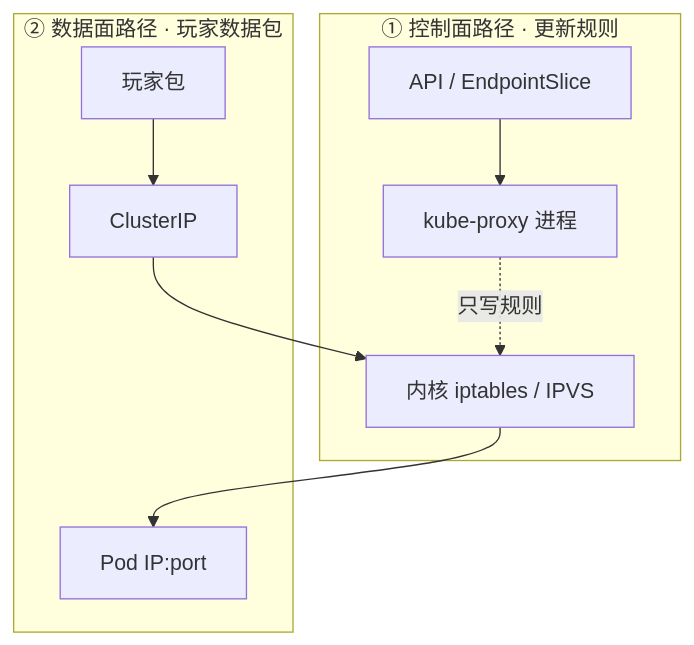
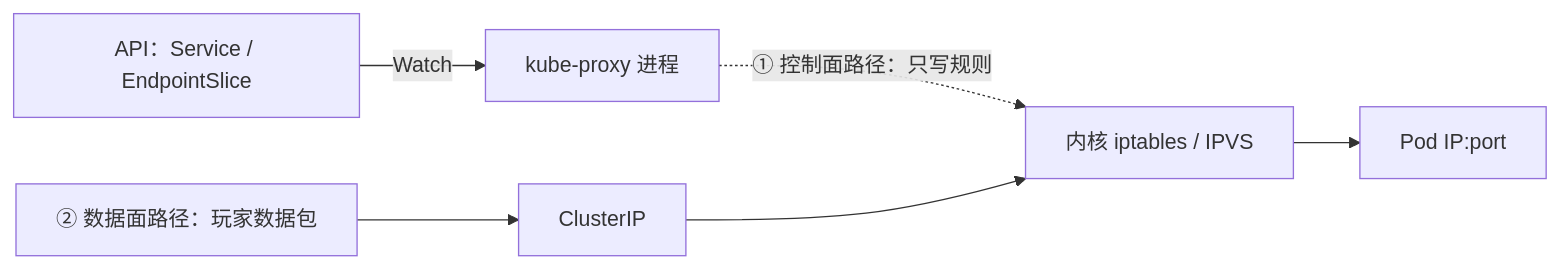
One commit to ml-cuizijun/LearnToLilith changed the third of 5 diagrams in 03-Kubernetes/01-集群架构/知识点.md. Above: the diagram before and after it, drawn with Mermaid. The commit also changed other lines of this file and 470 other files, not shown here.

````diff
--- a/03-Kubernetes/01-集群架构/知识点.md
+++ b/03-Kubernetes/01-集群架构/知识点.md
@@ -388,14 +269,7 @@
 ```mermaid
-flowchart TB
-    subgraph control ["① 控制面路径 · 更新规则"]
-        api[API / EndpointSlice] --> kp[kube-proxy 进程]
-        kp -.->|只写规则| fw
-    end
-
-    subgraph data ["② 数据面路径 · 玩家数据包"]
-        player[玩家包] --> cip[ClusterIP]
-        cip --> fw[内核 iptables / IPVS]
-        fw --> pod[Pod IP:port]
-    end
-
+flowchart LR
+    api["API：Service / EndpointSlice"] -->|Watch| kp["kube-proxy 进程"]
+    kp -.->|"① 控制面路径：只写规则"| fw["内核 iptables / IPVS"]
+    player["② 数据面路径：玩家数据包"] --> cip["ClusterIP"] --> fw
+    fw --> pod["Pod IP:port"]
 ```
````
